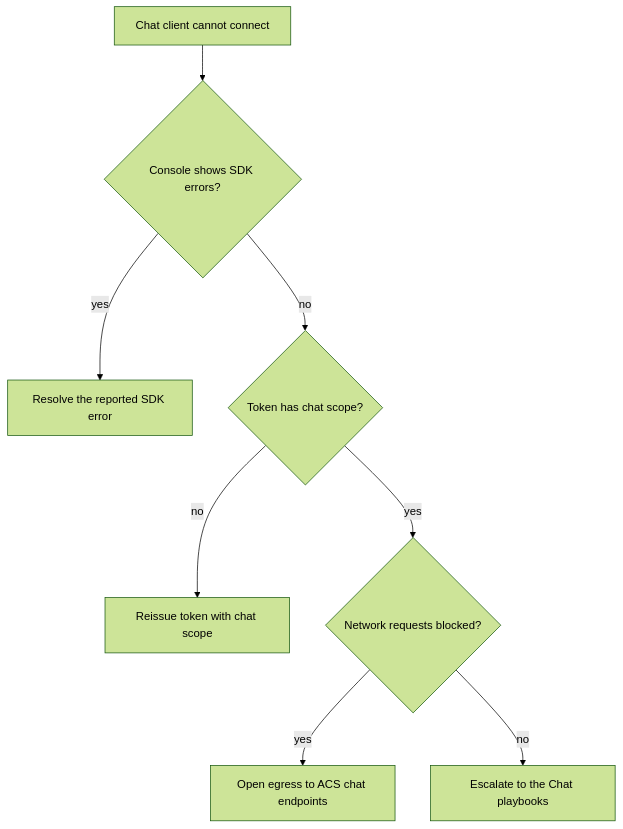
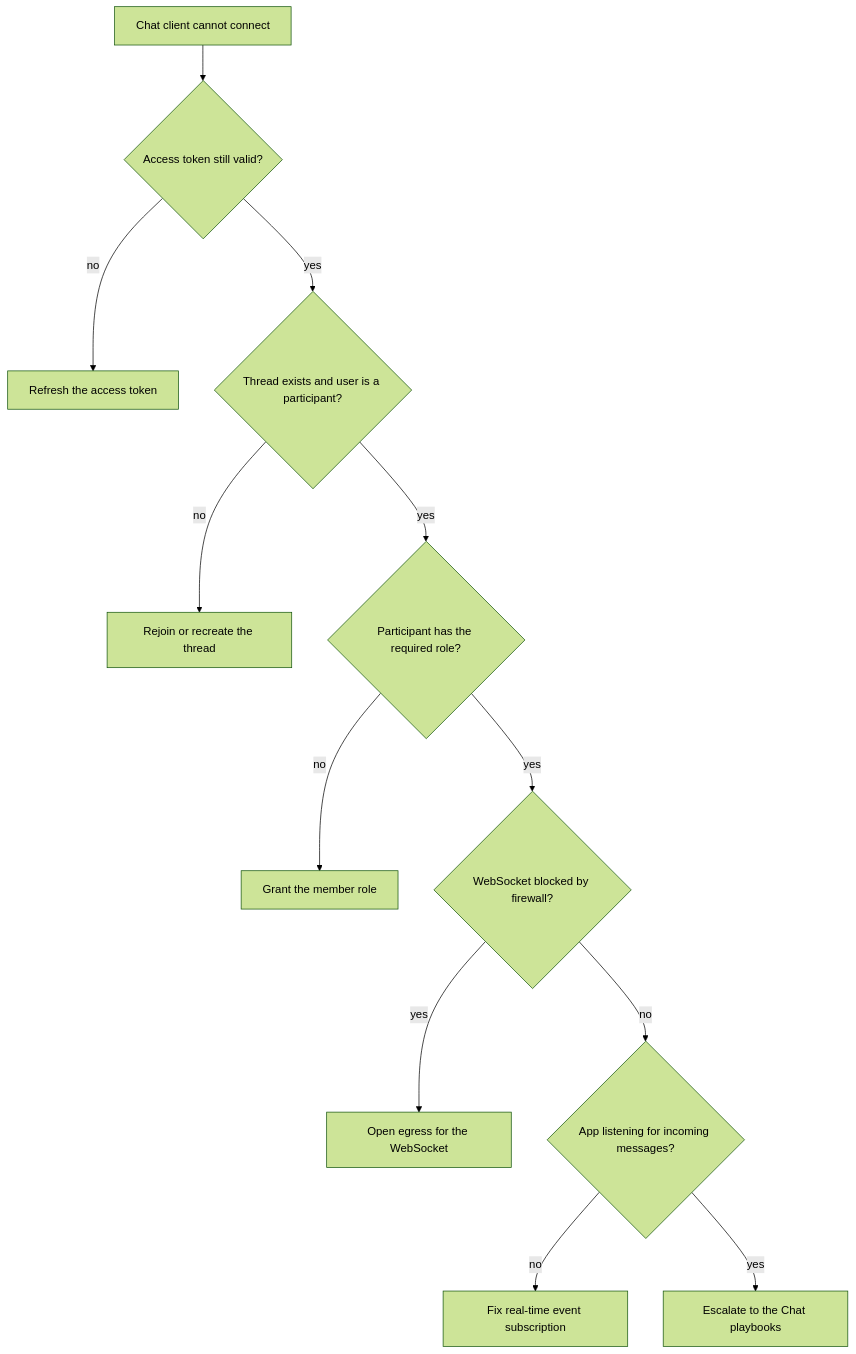
One commit to yeongseon/azure-communication-services-practical-guide changed the diagram in docs/troubleshooting/first-10-minutes/chat-connectivity.md. Above: the diagram before and after it, drawn with Mermaid (forest theme). The commit also changed 5 other files, not shown here.

Commit message:
fix: repair decision-node syntax and make F10M diagrams faithful to checklists

````diff
--- a/docs/troubleshooting/first-10-minutes/chat-connectivity.md
+++ b/docs/troubleshooting/first-10-minutes/chat-connectivity.md
@@ -36,10 +36,14 @@
 ```mermaid
 flowchart TD
-    S["Chat client cannot connect"] --> C1{"Console shows SDK errors?"}
-    C1 -- yes --> A1["Resolve the reported SDK error"]
-    C1 -- no --> C2{"Token has chat scope?"}
-    C2 -- no --> A2["Reissue token with chat scope"]
-    C2 -- yes --> C3{"Network requests blocked?"}
-    C3 -- yes --> A3["Open egress to ACS chat endpoints"]
-    C3 -- no --> ESC["Escalate to the Chat playbooks"]
+    S["Chat client cannot connect"] --> C1{"Access token still valid?"}
+    C1 -- no --> A1["Refresh the access token"]
+    C1 -- yes --> C2{"Thread exists and user is a participant?"}
+    C2 -- no --> A2["Rejoin or recreate the thread"]
+    C2 -- yes --> C3{"Participant has the required role?"}
+    C3 -- no --> A3["Grant the member role"]
+    C3 -- yes --> C4{"WebSocket blocked by firewall?"}
+    C4 -- yes --> A4["Open egress for the WebSocket"]
+    C4 -- no --> C5{"App listening for incoming messages?"}
+    C5 -- no --> A5["Fix real-time event subscription"]
+    C5 -- yes --> ESC["Escalate to the Chat playbooks"]
 ```
````
